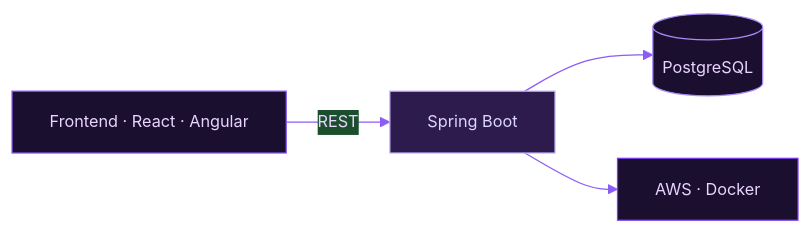
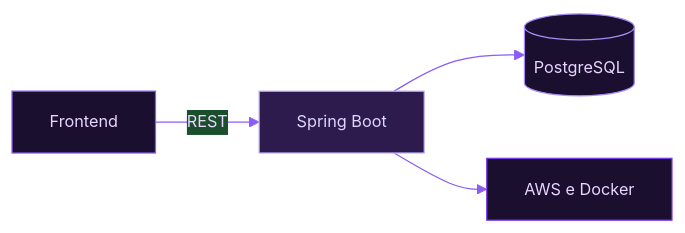
The diagram in README.md (KarolDiniz/KarolDiniz), drawn with Mermaid before and after one commit. The commit also changed other lines of this file and 1 other file, not shown here.

````diff
--- a/README.md
+++ b/README.md
@@ -102,11 +102,11 @@
 ```mermaid
 %%{init: {'theme': 'base', 'themeVariables': { 'primaryColor': '#2d1b4e', 'primaryTextColor': '#e9d5ff', 'primaryBorderColor': '#a78bfa', 'lineColor': '#8b5cf6', 'fontSize': '13px'}}}%%
 flowchart LR
-  UI["Frontend · React · Angular"] -->|REST| SB["Spring Boot"]
+  UI["Frontend"] -->|REST| SB["Spring Boot"]
   SB --> PG[("PostgreSQL")]
-  SB --> AWS["AWS · Docker"]
+  SB --> AWS["AWS e Docker"]
   style UI fill:#1a0f2e,stroke:#8b5cf6,color:#e9d5ff
   style SB fill:#2d1b4e,stroke:#c4b5fd,color:#ddd6fe
   style PG fill:#1a0f2e,stroke:#a78bfa,color:#e9d5ff
   style AWS fill:#1a0f2e,stroke:#7c3aed,color:#e9d5ff
 ```
````
